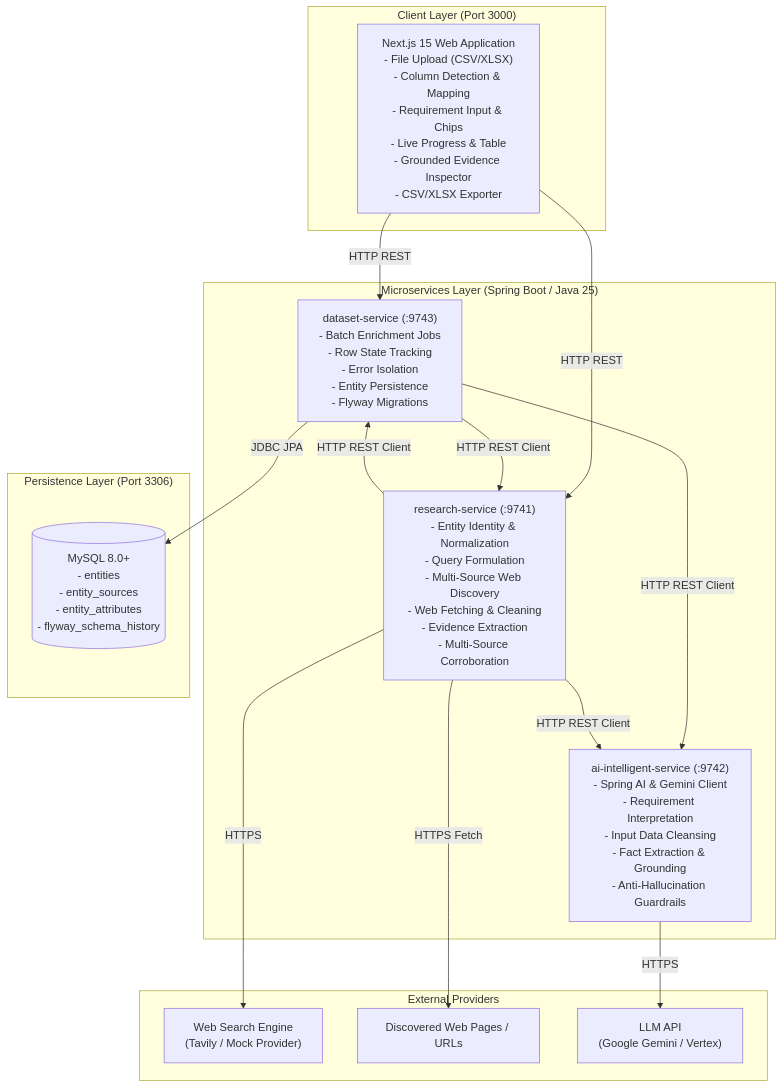
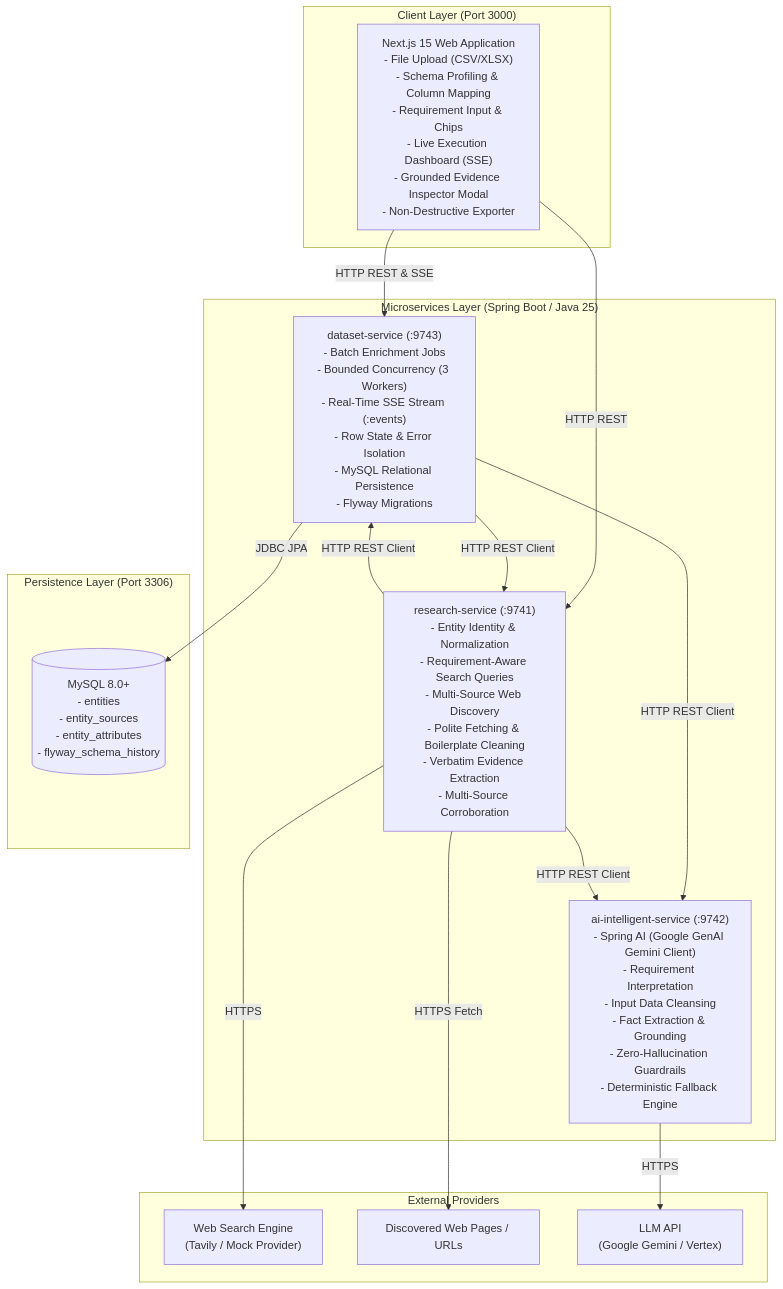
One commit to parvagr247/data-enrichment-ai-intelligence changed the diagram in docs/architecture.md. Above: the diagram before and after it, drawn with Mermaid. The commit also changed other lines of this file and 73 other files, not shown here.

````diff
--- a/docs/architecture.md
+++ b/docs/architecture.md
@@ -9,33 +9,33 @@
 ```mermaid
 flowchart TB
     subgraph UI ["Client Layer (Port 3000)"]
-        Frontend["Next.js 15 Web Application<br/>- File Upload (CSV/XLSX)<br/>- Column Detection & Mapping<br/>- Requirement Input & Chips<br/>- Live Progress & Table<br/>- Grounded Evidence Inspector<br/>- CSV/XLSX Exporter"]
+        Frontend["Next.js 15 Web Application<br/>- File Upload (CSV/XLSX)<br/>- Schema Profiling & Column Mapping<br/>- Requirement Input & Chips<br/>- Live Execution Dashboard (SSE)<br/>- Grounded Evidence Inspector Modal<br/>- Non-Destructive Exporter"]
     end
 
     subgraph Backend ["Microservices Layer (Spring Boot / Java 25)"]
-        DatasetService["dataset-service (:9743)<br/>- Batch Enrichment Jobs<br/>- Row State Tracking<br/>- Error Isolation<br/>- Entity Persistence<br/>- Flyway Migrations"]
-        ResearchService["research-service (:9741)<br/>- Entity Identity & Normalization<br/>- Query Formulation<br/>- Multi-Source Web Discovery<br/>- Web Fetching & Cleaning<br/>- Evidence Extraction<br/>- Multi-Source Corroboration"]
-        AIService["ai-intelligent-service (:9742)<br/>- Spring AI & Gemini Client<br/>- Requirement Interpretation<br/>- Input Data Cleansing<br/>- Fact Extraction & Grounding<br/>- Anti-Hallucination Guardrails"]
+        DatasetService["dataset-service (:9743)<br/>- Batch Enrichment Jobs<br/>- Bounded Concurrency (3 Workers)<br/>- Real-Time SSE Stream (:events)<br/>- Row State & Error Isolation<br/>- MySQL Relational Persistence<br/>- Flyway Migrations"]
+        ResearchService["research-service (:9741)<br/>- Entity Identity & Normalization<br/>- Requirement-Aware Search Queries<br/>- Multi-Source Web Discovery<br/>- Polite Fetching & Boilerplate Cleaning<br/>- Verbatim Evidence Extraction<br/>- Multi-Source Corroboration"]
+        AIService["ai-intelligent-service (:9742)<br/>- Spring AI (Google GenAI Gemini Client)<br/>- Requirement Interpretation<br/>- Input Data Cleansing<br/>- Fact Extraction & Grounding<br/>- Zero-Hallucination Guardrails<br/>- Deterministic Fallback Engine"]
     end
 
     subgraph Storage ["Persistence Layer (Port 3306)"]
         MySQL[("MySQL 8.0+<br/>- entities<br/>- entity_sources<br/>- entity_attributes<br/>- flyway_schema_history")]
     end
 
     subgraph External ["External Providers"]
         SearchAPI["Web Search Engine<br/>(Tavily / Mock Provider)"]
         WebPages["Discovered Web Pages / URLs"]
         LLMProvider["LLM API<br/>(Google Gemini / Vertex)"]
     end
 
-    Frontend -->|HTTP REST| DatasetService
+    Frontend -->|HTTP REST & SSE| DatasetService
     Frontend -->|HTTP REST| ResearchService
     DatasetService -->|HTTP REST Client| ResearchService
     DatasetService -->|HTTP REST Client| AIService
     DatasetService -->|JDBC JPA| MySQL
     ResearchService -->|HTTP REST Client| AIService
     ResearchService -->|HTTP REST Client| DatasetService
     ResearchService -->|HTTPS| SearchAPI
     ResearchService -->|HTTPS Fetch| WebPages
     AIService -->|HTTPS| LLMProvider
 ```
````
